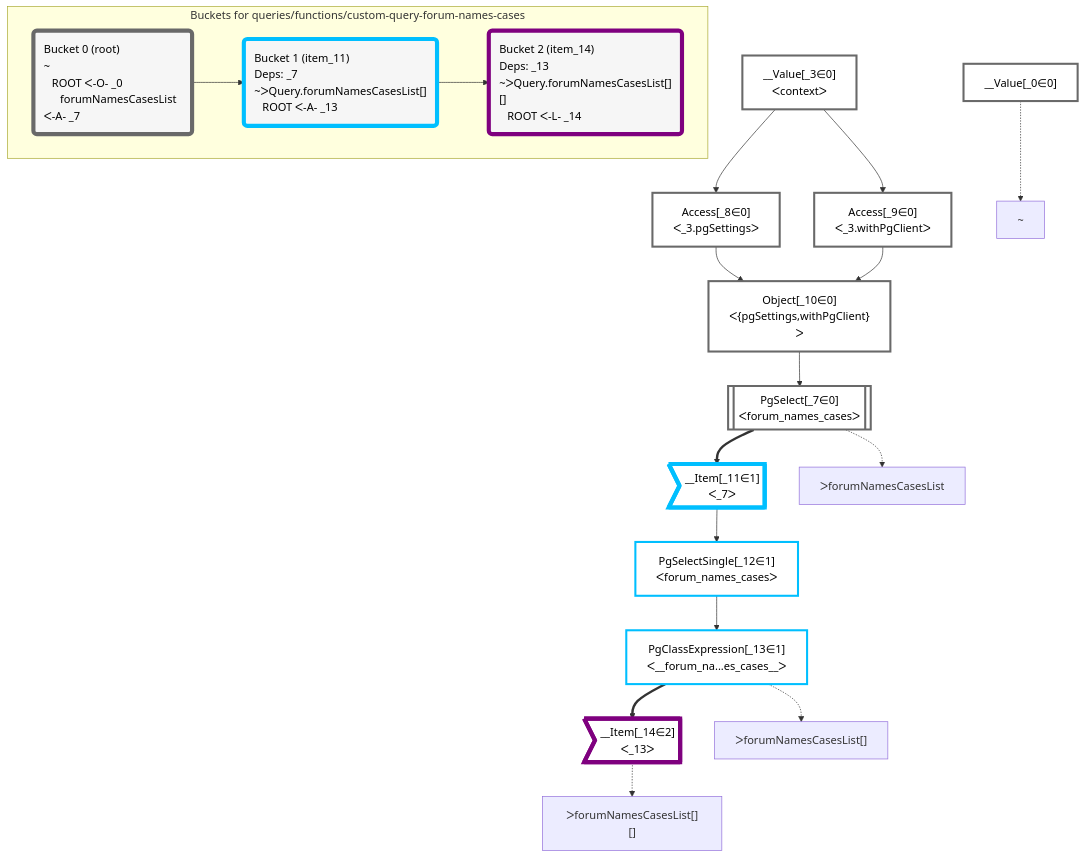
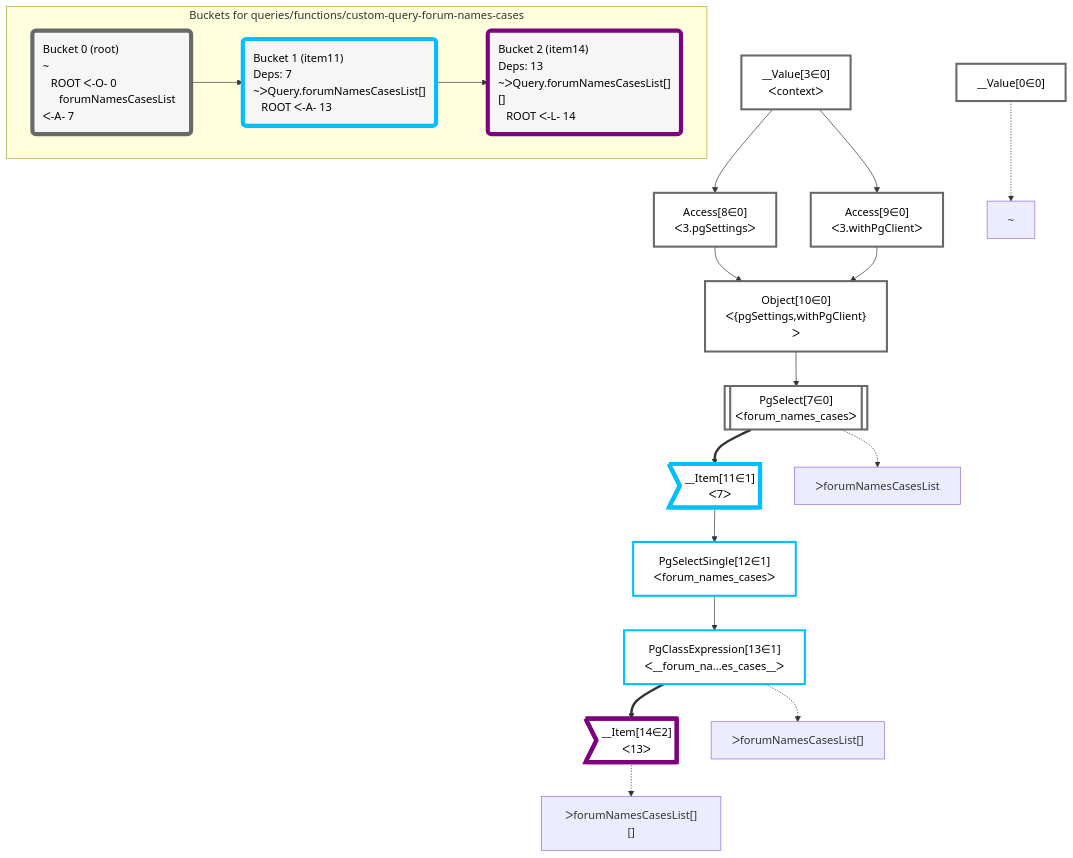
The diagram in packages/dataplan-pg/__tests__/queries/functions/custom-query-forum-names-cases.mermaid.md (graphile/crystal), drawn with Mermaid before and after one commit. The commit also changed 195 other files, not shown here.

````diff
--- a/packages/dataplan-pg/__tests__/queries/functions/custom-query-forum-names-cases.mermaid.md
+++ b/packages/dataplan-pg/__tests__/queries/functions/custom-query-forum-names-cases.mermaid.md
@@ -1,55 +1,55 @@
 ```mermaid
 graph TD
     classDef path fill:#eee,stroke:#000,color:#000
     classDef plan fill:#fff,stroke-width:3px,color:#000
     classDef itemplan fill:#fff,stroke-width:6px,color:#000
     classDef sideeffectplan fill:#f00,stroke-width:6px,color:#000
     classDef bucket fill:#f6f6f6,color:#000,stroke-width:6px,text-align:left
 
 
     %% define plans
-    __Value_0["__Value[_0∈0]"]:::plan
-    __Item_14>"__Item[_14∈2]<br />ᐸ_13ᐳ"]:::itemplan
-    PgClassExpression_13["PgClassExpression[_13∈1]<br />ᐸ__forum_na...es_cases__ᐳ"]:::plan
-    PgSelectSingle_12["PgSelectSingle[_12∈1]<br />ᐸforum_names_casesᐳ"]:::plan
-    __Item_11>"__Item[_11∈1]<br />ᐸ_7ᐳ"]:::itemplan
-    PgSelect_7[["PgSelect[_7∈0]<br />ᐸforum_names_casesᐳ"]]:::plan
-    Object_10["Object[_10∈0]<br />ᐸ{pgSettings,withPgClient}ᐳ"]:::plan
-    Access_8["Access[_8∈0]<br />ᐸ_3.pgSettingsᐳ"]:::plan
-    Access_9["Access[_9∈0]<br />ᐸ_3.withPgClientᐳ"]:::plan
-    __Value_3["__Value[_3∈0]<br />ᐸcontextᐳ"]:::plan
+    __Value0["__Value[0∈0]"]:::plan
+    __Item14>"__Item[14∈2]<br />ᐸ13ᐳ"]:::itemplan
+    PgClassExpression13["PgClassExpression[13∈1]<br />ᐸ__forum_na...es_cases__ᐳ"]:::plan
+    PgSelectSingle12["PgSelectSingle[12∈1]<br />ᐸforum_names_casesᐳ"]:::plan
+    __Item11>"__Item[11∈1]<br />ᐸ7ᐳ"]:::itemplan
+    PgSelect7[["PgSelect[7∈0]<br />ᐸforum_names_casesᐳ"]]:::plan
+    Object10["Object[10∈0]<br />ᐸ{pgSettings,withPgClient}ᐳ"]:::plan
+    Access8["Access[8∈0]<br />ᐸ3.pgSettingsᐳ"]:::plan
+    Access9["Access[9∈0]<br />ᐸ3.withPgClientᐳ"]:::plan
+    __Value3["__Value[3∈0]<br />ᐸcontextᐳ"]:::plan
 
     %% plan dependencies
-    PgClassExpression_13 ==> __Item_14
-    PgSelectSingle_12 --> PgClassExpression_13
-    __Item_11 --> PgSelectSingle_12
-    PgSelect_7 ==> __Item_11
-    Object_10 --> PgSelect_7
-    Access_8 & Access_9 --> Object_10
-    __Value_3 --> Access_8
-    __Value_3 --> Access_9
+    PgClassExpression13 ==> __Item14
+    PgSelectSingle12 --> PgClassExpression13
+    __Item11 --> PgSelectSingle12
+    PgSelect7 ==> __Item11
+    Object10 --> PgSelect7
+    Access8 & Access9 --> Object10
+    __Value3 --> Access8
+    __Value3 --> Access9
 
     %% plan-to-path relationships
-    P_0["~"]
-    __Value_0 -.-> P_0
-    P_7["ᐳforumNamesCasesList"]
-    PgSelect_7 -.-> P_7
-    P_13["ᐳforumNamesCasesList[]"]
-    PgClassExpression_13 -.-> P_13
-    P_14["ᐳforumNamesCasesList[][]"]
-    __Item_14 -.-> P_14
+    P0["~"]
+    __Value0 -.-> P0
+    P7["ᐳforumNamesCasesList"]
+    PgSelect7 -.-> P7
+    P13["ᐳforumNamesCasesList[]"]
+    PgClassExpression13 -.-> P13
+    P14["ᐳforumNamesCasesList[][]"]
+    __Item14 -.-> P14
 
     subgraph "Buckets for queries/functions/custom-query-forum-names-cases"
-    Bucket0("Bucket 0 (root)<br />~<br />⠀ROOT ᐸ-O- _0<br />⠀⠀forumNamesCasesList ᐸ-A- _7"):::bucket
+    Bucket0("Bucket 0 (root)<br />~<br />⠀ROOT ᐸ-O- 0<br />⠀⠀forumNamesCasesList ᐸ-A- 7"):::bucket
     classDef bucket0 stroke:#696969
-    class Bucket0,__Value_0,__Value_3,PgSelect_7,Access_8,Access_9,Object_10 bucket0
-    Bucket1("Bucket 1 (item_11)<br />Deps: _7<br />~ᐳQuery.forumNamesCasesList[]<br />⠀ROOT ᐸ-A- _13"):::bucket
+    class Bucket0,__Value0,__Value3,PgSelect7,Access8,Access9,Object10 bucket0
+    Bucket1("Bucket 1 (item11)<br />Deps: 7<br />~ᐳQuery.forumNamesCasesList[]<br />⠀ROOT ᐸ-A- 13"):::bucket
     classDef bucket1 stroke:#00bfff
-    class Bucket1,__Item_11,PgSelectSingle_12,PgClassExpression_13 bucket1
-    Bucket2("Bucket 2 (item_14)<br />Deps: _13<br />~ᐳQuery.forumNamesCasesList[][]<br />⠀ROOT ᐸ-L- _14"):::bucket
+    class Bucket1,__Item11,PgSelectSingle12,PgClassExpression13 bucket1
+    Bucket2("Bucket 2 (item14)<br />Deps: 13<br />~ᐳQuery.forumNamesCasesList[][]<br />⠀ROOT ᐸ-L- 14"):::bucket
     classDef bucket2 stroke:#7f007f
-    class Bucket2,__Item_14 bucket2
+    class Bucket2,__Item14 bucket2
     Bucket0 --> Bucket1
     Bucket1 --> Bucket2
     end
 ```
````
